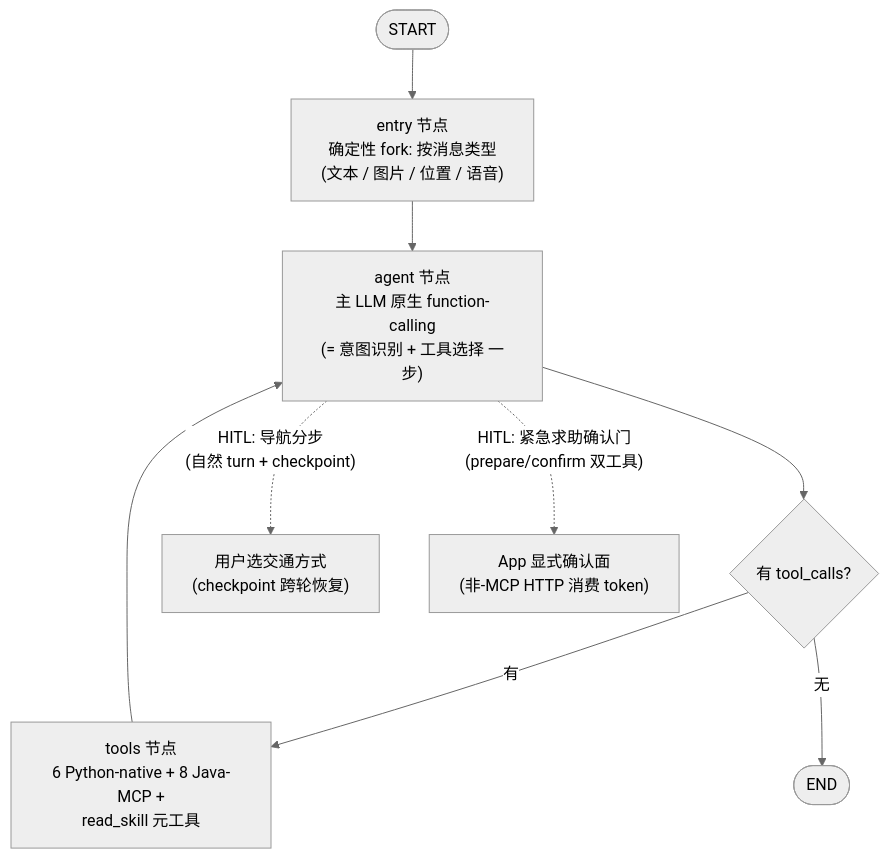
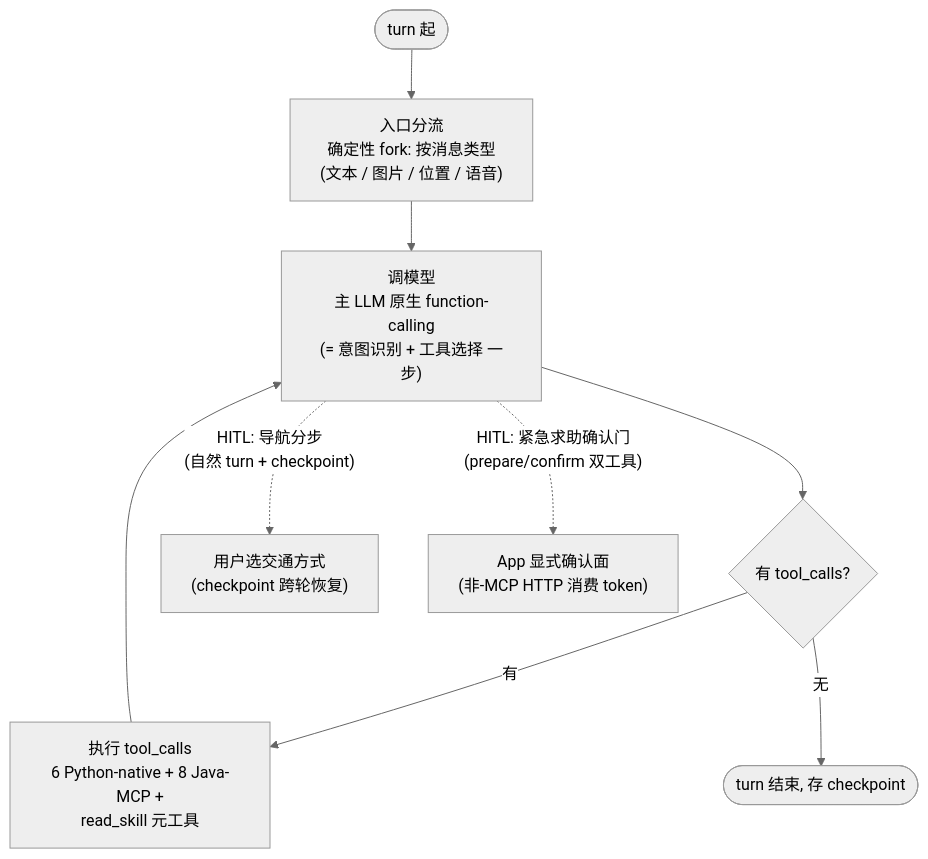
The second of 2 diagrams in docs/architecture/ai-rewrite.md (didiyal/shiwujie), drawn with Mermaid (neutral theme) before and after one commit. The commit also changed other lines of this file and 20 other files, not shown here.

````diff
--- a/docs/architecture/ai-rewrite.md
+++ b/docs/architecture/ai-rewrite.md
@@ -49,11 +55,11 @@
 ```mermaid
 flowchart TD
-    S([START]) --> ENTRY["entry 节点<br/>确定性 fork: 按消息类型<br/>(文本 / 图片 / 位置 / 语音)"]
-    ENTRY --> AGENT["agent 节点<br/>主 LLM 原生 function-calling<br/>(= 意图识别 + 工具选择 一步)"]
+    S([turn 起]) --> ENTRY["入口分流<br/>确定性 fork: 按消息类型<br/>(文本 / 图片 / 位置 / 语音)"]
+    ENTRY --> AGENT["调模型<br/>主 LLM 原生 function-calling<br/>(= 意图识别 + 工具选择 一步)"]
     AGENT --> Q{"有 tool_calls?"}
-    Q -- "有" --> TOOLS["tools 节点<br/>6 Python-native + 8 Java-MCP +<br/>read_skill 元工具"]
+    Q -- "有" --> TOOLS["执行 tool_calls<br/>6 Python-native + 8 Java-MCP +<br/>read_skill 元工具"]
     TOOLS --> AGENT
-    Q -- "无" --> E([END])
+    Q -- "无" --> E([turn 结束, 存 checkpoint])
     AGENT -. "HITL: 导航分步<br/>(自然 turn + checkpoint)" .-> HITL1["用户选交通方式<br/>(checkpoint 跨轮恢复)"]
     AGENT -. "HITL: 紧急求助确认门<br/>(prepare/confirm 双工具)" .-> HITL2["App 显式确认面<br/>(非-MCP HTTP 消费 token)"]
 ```
````
